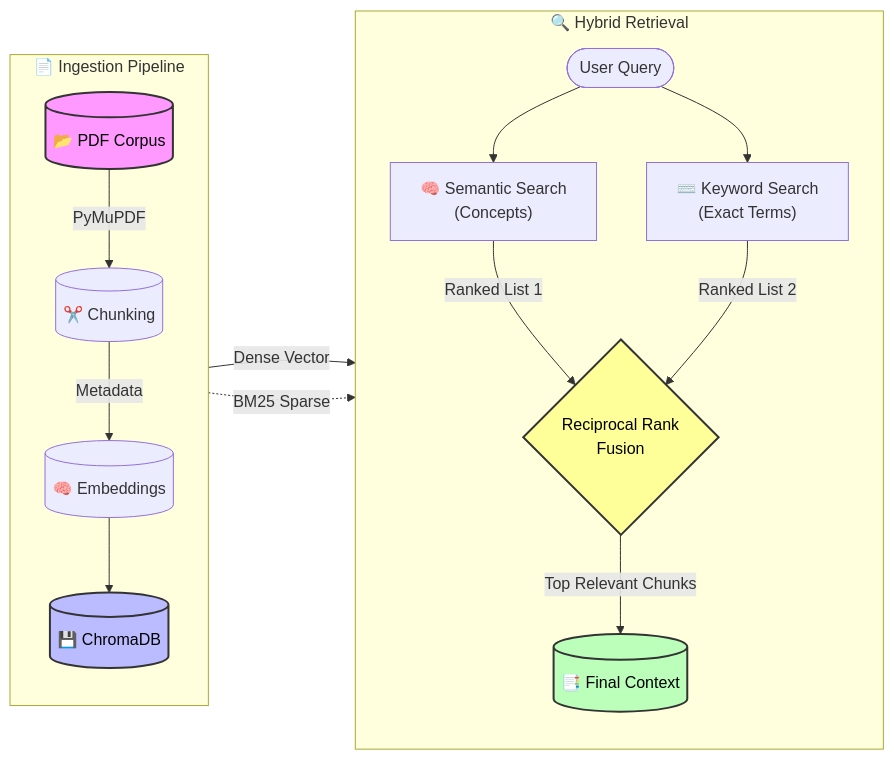
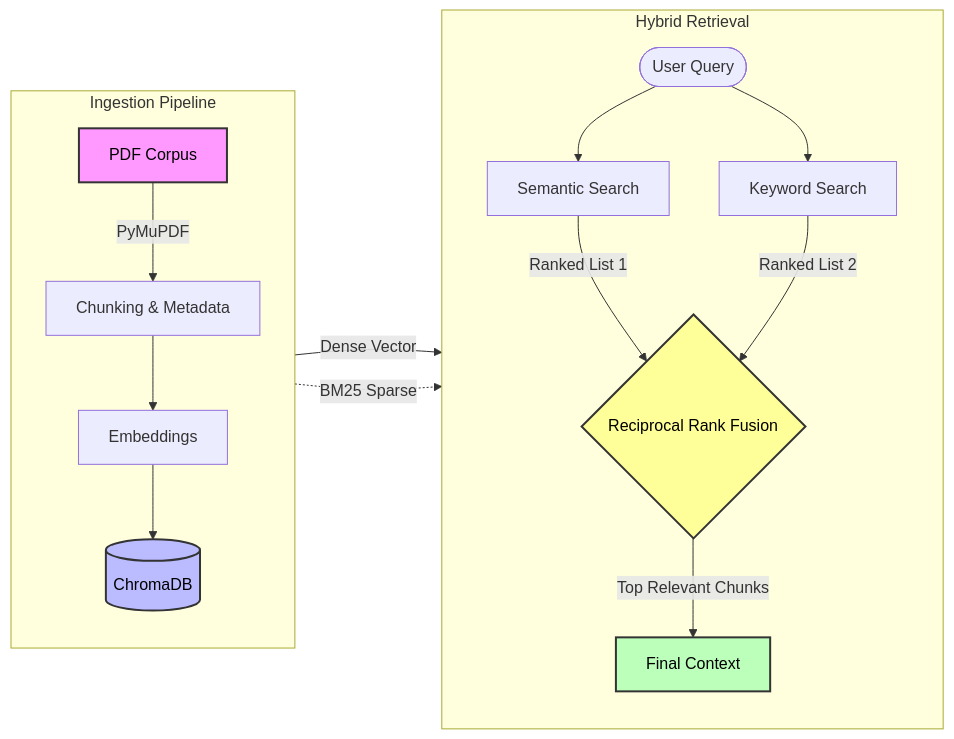
The first of 2 diagrams in README.md (ssantioviedo/Probability-Academic-RAG-Chatbot), drawn with Mermaid before and after one commit. The commit also changed other lines of this file, not shown here.

````diff
--- a/README.md
+++ b/README.md
@@ -37,28 +37,28 @@
 ```mermaid
 flowchart LR
-    subgraph Ingestion ["📄 Ingestion Pipeline"]
+    subgraph Ingestion [Ingestion Pipeline]
         direction TB
-        PDFs[("📂 PDF Corpus")] -->|PyMuPDF| Chunks[("✂️ Chunking")]
-        Chunks -->|Metadata| Embed[("🧠 Embeddings")]
-        Embed --> VectorDB[("💾 ChromaDB")]
+        PDFs[PDF Corpus] -->|PyMuPDF| Chunks[Chunking & Metadata]
+        Chunks --> Embed[Embeddings]
+        Embed --> VectorDB[(ChromaDB)]
     end
 
-    subgraph Retrieval ["🔍 Hybrid Retrieval"]
+    subgraph Retrieval [Hybrid Retrieval]
         direction TB
-        Query([User Query]) --> Semantic["🧠 Semantic Search\n(Concepts)"]
-        Query --> Keyword["⌨️ Keyword Search\n(Exact Terms)"]
+        Query([User Query]) --> Semantic[Semantic Search]
+        Query --> Keyword[Keyword Search]
         
         VectorDB -->|Dense Vector| Semantic
         VectorDB -.->|BM25 Sparse| Keyword
         
-        Semantic -->|Ranked List 1| RRF{Reciprocal Rank\nFusion}
+        Semantic -->|Ranked List 1| RRF{Reciprocal Rank Fusion}
         Keyword -->|Ranked List 2| RRF
         
-        RRF -->|Top Relevant Chunks| Context[("📑 Final Context")]
+        RRF -->|Top Relevant Chunks| Context[Final Context]
     end
 
     style PDFs fill:#f9f,stroke:#333,stroke-width:2px,color:black
     style VectorDB fill:#bbf,stroke:#333,stroke-width:2px,color:black
     style RRF fill:#ff9,stroke:#333,stroke-width:2px,color:black
     style Context fill:#bfb,stroke:#333,stroke-width:2px,color:black
 ```
````
